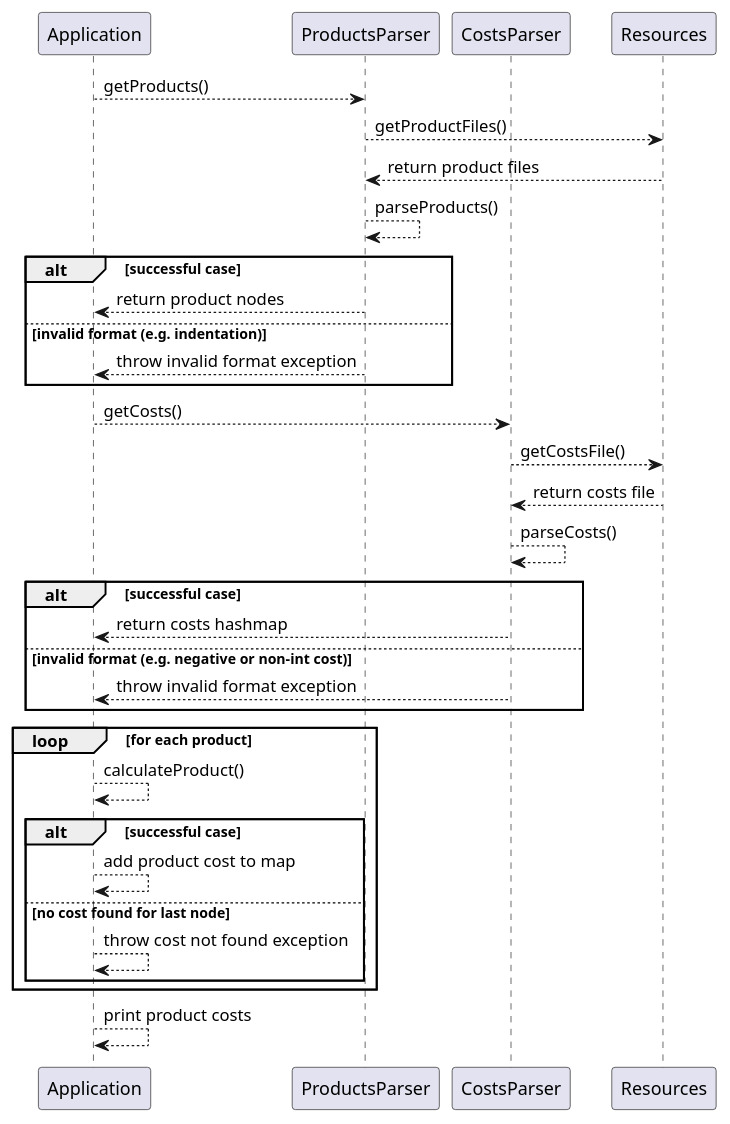
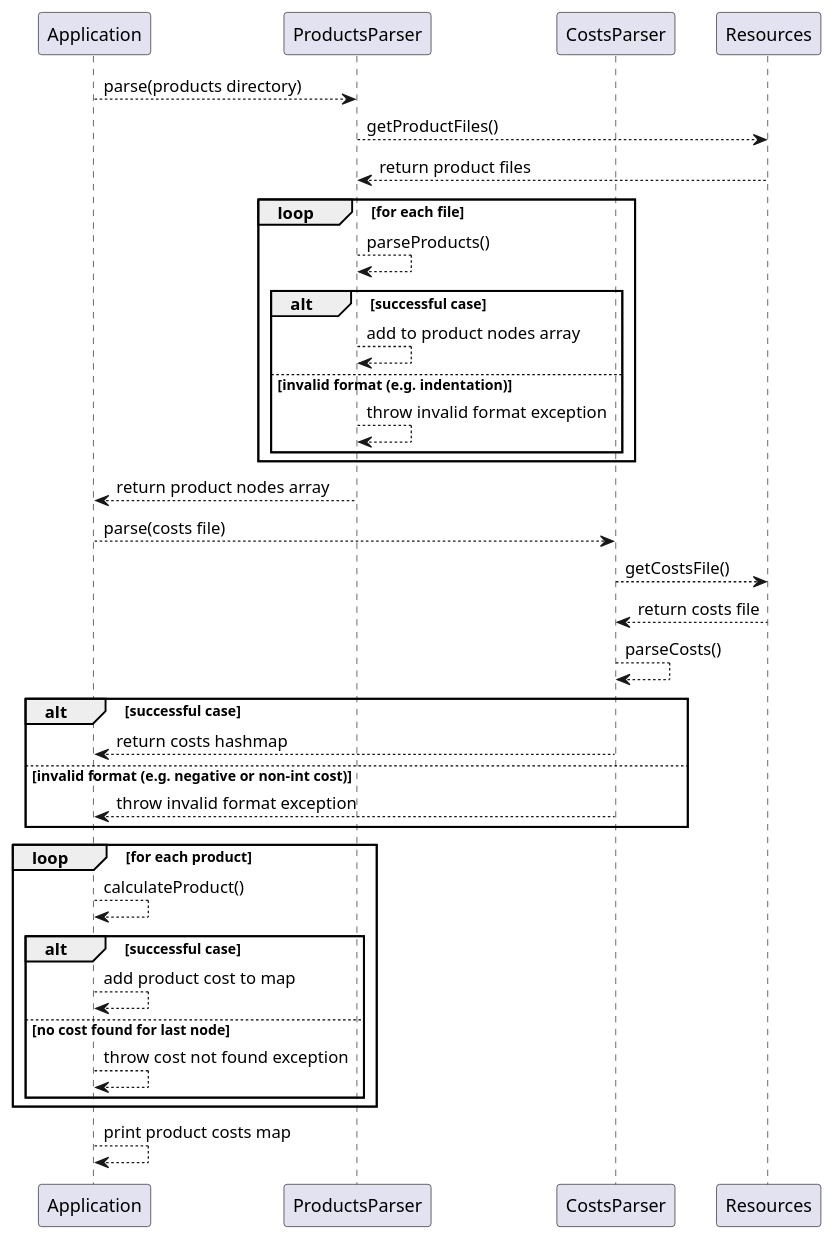
One commit to Jack272Hughes/uni-data-structures-and-algorithms changed the diagram in docs/code/sequence-diagram.pu. Above: the diagram before and after it, drawn with PlantUML. The commit also changed 2 other files, not shown here.

Commit message:
Update diagrams to reflect changes made during development

```diff
--- a/docs/code/sequence-diagram.pu
+++ b/docs/code/sequence-diagram.pu
@@ -1,39 +1,43 @@
 @startuml
 
 participant Application
 participant ProductsParser
 participant CostsParser
 participant Resources
 
-Application --> ProductsParser: getProducts()
+Application --> ProductsParser: parse(products directory)
 ProductsParser --> Resources: getProductFiles()
 ProductsParser <-- Resources: return product files
-ProductsParser --> ProductsParser: parseProducts()
-alt successful case
-  Application <-- ProductsParser: return product nodes
-else invalid format (e.g. indentation)
-  Application <-- ProductsParser: throw invalid format exception
+loop for each file
+  ProductsParser --> ProductsParser: parseProducts()
+  alt successful case
+    ProductsParser --> ProductsParser: add to product nodes array
+  else invalid format (e.g. indentation)
+    ProductsParser --> ProductsParser: throw invalid format exception
+  end
 end
 
-Application --> CostsParser: getCosts()
+Application <-- ProductsParser: return product nodes array
+
+Application --> CostsParser: parse(costs file)
 CostsParser --> Resources: getCostsFile()
 CostsParser <-- Resources: return costs file
 CostsParser --> CostsParser: parseCosts()
 alt successful case
   Application <-- CostsParser: return costs hashmap
 else invalid format (e.g. negative or non-int cost)
   Application <-- CostsParser: throw invalid format exception
 end
 
 loop for each product
   Application --> Application: calculateProduct()
   alt successful case
     Application --> Application: add product cost to map
   else no cost found for last node
     Application --> Application: throw cost not found exception
   end
 end
 
-Application --> Application: print product costs
+Application --> Application: print product costs map
 
 @enduml
```
